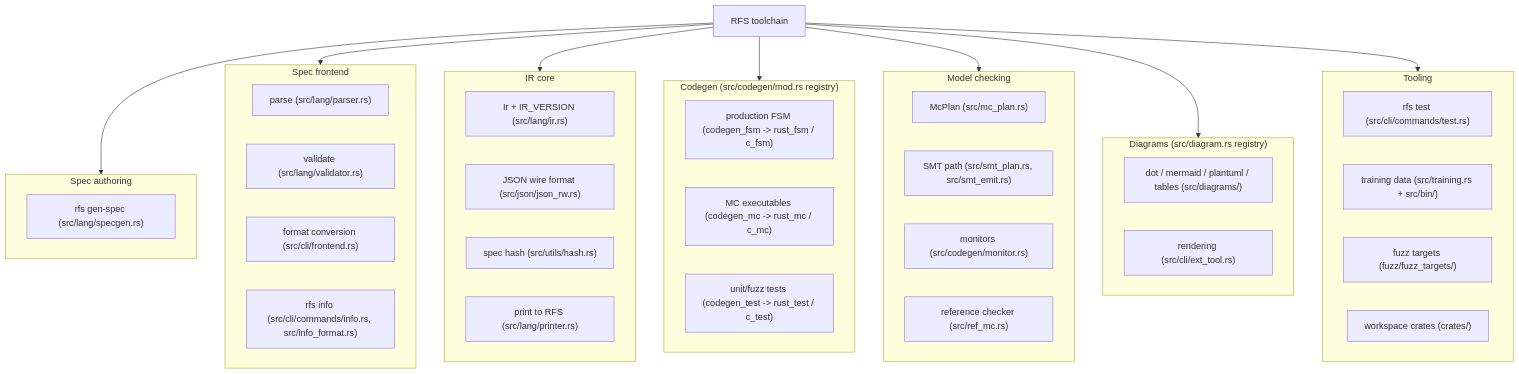
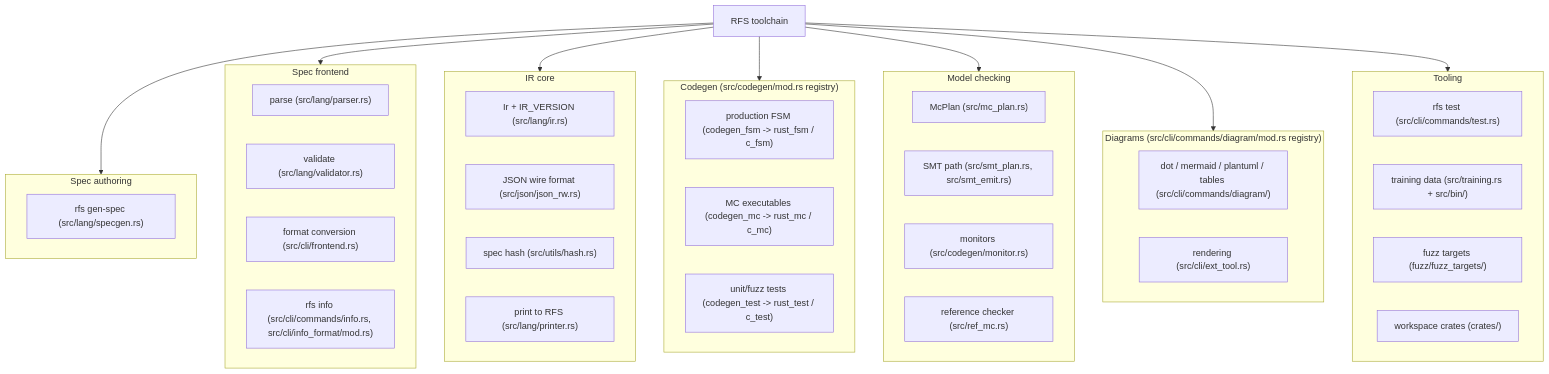
One commit to vasil-sd/RFS changed the second of 2 diagrams in docs/dev/ARCHITECTURE.md. Above: the diagram before and after it, drawn with Mermaid. The commit also changed other lines of this file and 35 other files, not shown here.

````diff
--- a/docs/dev/ARCHITECTURE.md
+++ b/docs/dev/ARCHITECTURE.md
@@ -114,55 +114,55 @@
 ```mermaid
 flowchart TD
     RFS["RFS toolchain"]
 
     subgraph AUTHOR["Spec authoring"]
         GEN["rfs gen-spec (src/lang/specgen.rs)"]
     end
 
     subgraph FRONT["Spec frontend"]
         PARSE["parse (src/lang/parser.rs)"]
         VALIDATE["validate (src/lang/validator.rs)"]
         CONVERT["format conversion (src/cli/frontend.rs)"]
-        INFO["rfs info (src/cli/commands/info.rs, src/info_format.rs)"]
+        INFO["rfs info (src/cli/commands/info.rs, src/cli/info_format/mod.rs)"]
     end
 
     subgraph IRCORE["IR core"]
         IR["Ir + IR_VERSION (src/lang/ir.rs)"]
         JSON["JSON wire format (src/json/json_rw.rs)"]
         HASH["spec hash (src/utils/hash.rs)"]
         PRINT["print to RFS (src/lang/printer.rs)"]
     end
 
     subgraph CODEGEN["Codegen (src/codegen/mod.rs registry)"]
         PROD["production FSM (codegen_fsm -> rust_fsm / c_fsm)"]
         MCBIN["MC executables (codegen_mc -> rust_mc / c_mc)"]
         TESTS["unit/fuzz tests (codegen_test -> rust_test / c_test)"]
     end
 
     subgraph MCENG["Model checking"]
         PLAN["McPlan (src/mc_plan.rs)"]
         SMT["SMT path (src/smt_plan.rs, src/smt_emit.rs)"]
         MON["monitors (src/codegen/monitor.rs)"]
         REF["reference checker (src/ref_mc.rs)"]
     end
 
-    subgraph DIAGRAMS["Diagrams (src/diagram.rs registry)"]
-        FORMATS["dot / mermaid / plantuml / tables (src/diagrams/)"]
+    subgraph DIAGRAMS["Diagrams (src/cli/commands/diagram/mod.rs registry)"]
+        FORMATS["dot / mermaid / plantuml / tables (src/cli/commands/diagram/)"]
         RENDER["rendering (src/cli/ext_tool.rs)"]
     end
 
     subgraph TOOLING["Tooling"]
         TESTCMD["rfs test (src/cli/commands/test.rs)"]
         TRAIN["training data (src/training.rs + src/bin/)"]
         FUZZ["fuzz targets (fuzz/fuzz_targets/)"]
         CRATES["workspace crates (crates/)"]
     end
 
     RFS --> AUTHOR
     RFS --> FRONT
     RFS --> IRCORE
     RFS --> CODEGEN
     RFS --> MCENG
     RFS --> DIAGRAMS
     RFS --> TOOLING
 ```
````
